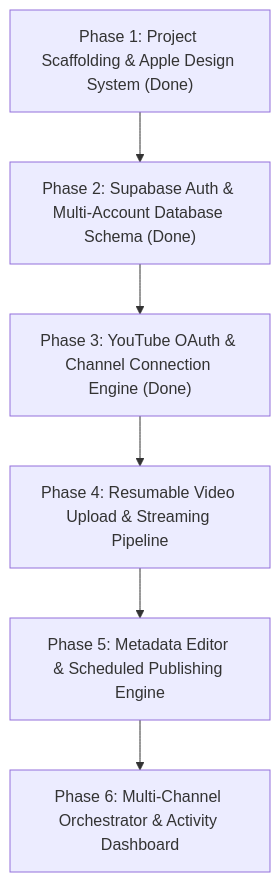
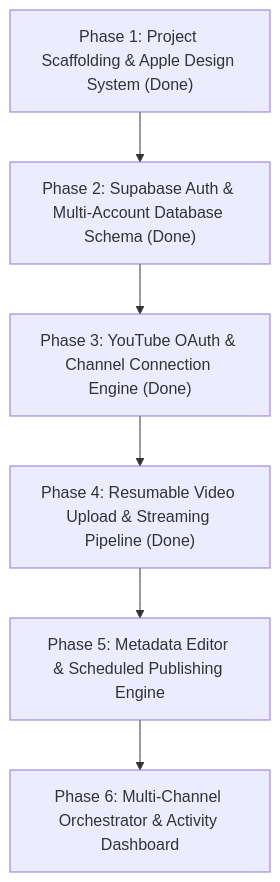
The diagram in .planning/ROADMAP.md (nil-frontend/Social-Hub), drawn with Mermaid before and after one commit. The commit also changed other lines of this file and 7 other files, not shown here.

Commit message:
feat(phase-4): complete direct browser-to-YouTube resumable upload streaming pipeline and Apple media dropzone

````diff
--- a/.planning/ROADMAP.md
+++ b/.planning/ROADMAP.md
@@ -5,8 +5,8 @@
 ```mermaid
 flowchart TD
     P1["Phase 1: Project Scaffolding & Apple Design System (Done)"] --> P2["Phase 2: Supabase Auth & Multi-Account Database Schema (Done)"]
     P2 --> P3["Phase 3: YouTube OAuth & Channel Connection Engine (Done)"]
-    P3 --> P4["Phase 4: Resumable Video Upload & Streaming Pipeline"]
+    P3 --> P4["Phase 4: Resumable Video Upload & Streaming Pipeline (Done)"]
     P4 --> P5["Phase 5: Metadata Editor & Scheduled Publishing Engine"]
     P5 --> P6["Phase 6: Multi-Channel Orchestrator & Activity Dashboard"]
 ```
````
